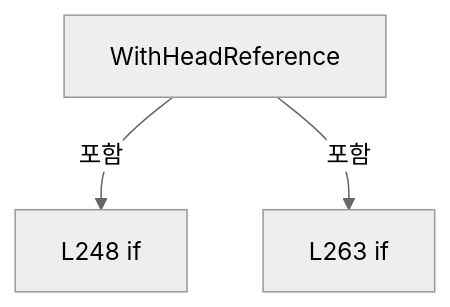
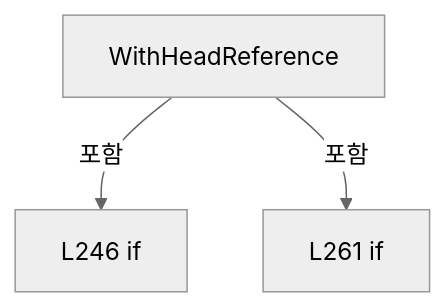
Diagram 15 of 16 in A3 LD Code Ref/files/Drilling.Common/Correction/CDefaultOffsetCalibration.cs.md (kjuws10-rgb/Shared), drawn with Mermaid (neutral theme) before and after one commit. The commit also changed other lines of this file and 2071 other files, not shown here.

Commit message:
docs(a3): update 11.19.0 architecture and code reference

````diff
--- a/A3 LD Code Ref/files/Drilling.Common/Correction/CDefaultOffsetCalibration.cs.md
+++ b/A3 LD Code Ref/files/Drilling.Common/Correction/CDefaultOffsetCalibration.cs.md
@@ -1630,8 +1630,8 @@
 ```mermaid
 flowchart TD
  M["WithHeadReference"]
- N0["L248 if"]
+ N0["L246 if"]
  M -->|포함| N0
- N1["L263 if"]
+ N1["L261 if"]
  M -->|포함| N1
 ```
````
